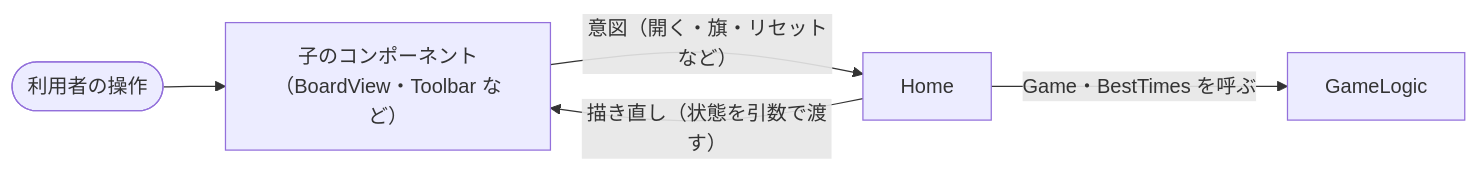
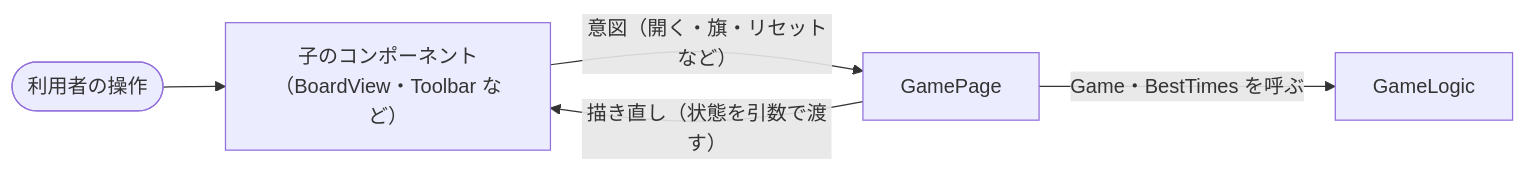
One commit to Fujiwo/Shos.Minesweeper changed the fifth of 10 diagrams in docs/04-architecture.md. Above: the diagram before and after it, drawn with Mermaid. The commit also changed other lines of this file and 4 other files, not shown here.

````diff
--- a/docs/04-architecture.md
+++ b/docs/04-architecture.md
@@ -227,7 +244,7 @@
 ```mermaid
 flowchart LR
     User(["利用者の操作"]) --> Child["子のコンポーネント<br/>（BoardView・Toolbar など）"]
-    Child -- "意図（開く・旗・リセットなど）" --> Home
-    Home -- "Game・BestTimes を呼ぶ" --> Logic["GameLogic"]
-    Home -- "描き直し（状態を引数で渡す）" --> Child
+    Child -- "意図（開く・旗・リセットなど）" --> GamePage
+    GamePage -- "Game・BestTimes を呼ぶ" --> Logic["GameLogic"]
+    GamePage -- "描き直し（状態を引数で渡す）" --> Child
 ```
````
